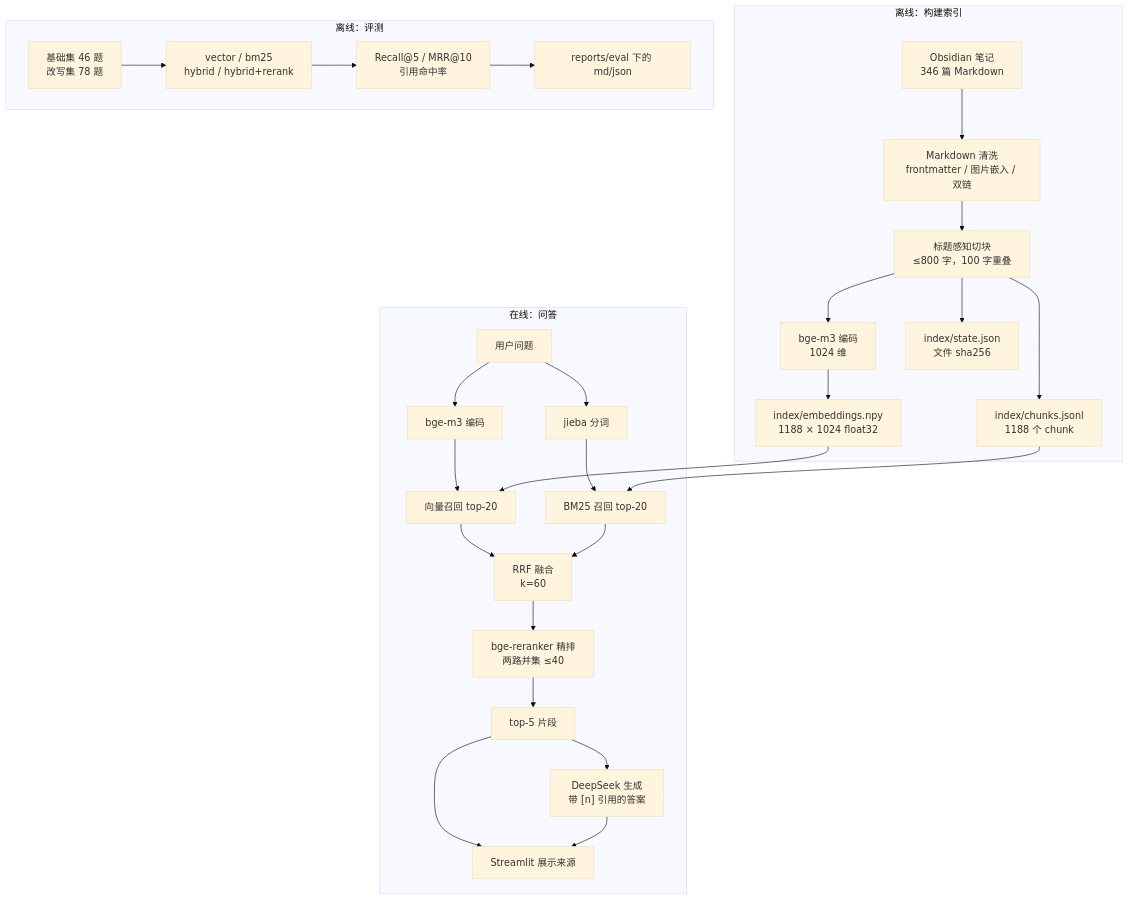
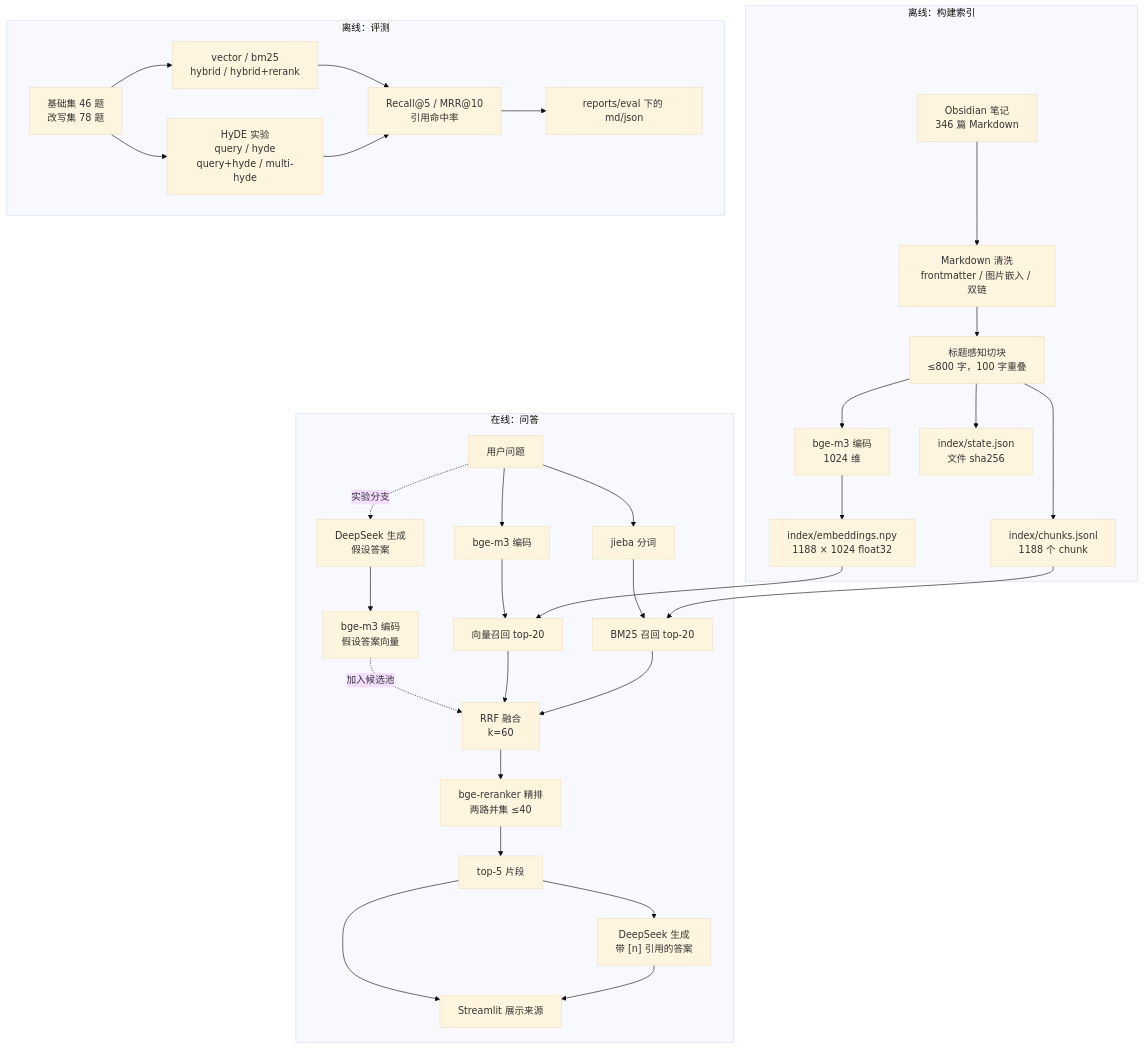
The diagram in README.md (peagothedreamer/obsidian-rag), drawn with Mermaid (base theme) before and after one commit. The commit also changed other lines of this file, not shown here.

Commit message:
docs: add HyDE branch to workflow diagram

````diff
--- a/README.md
+++ b/README.md
@@ -21,33 +21,38 @@
 ```mermaid
 flowchart TB
     subgraph IDX["离线：构建索引"]
         A["Obsidian 笔记<br/>346 篇 Markdown"] --> B["Markdown 清洗<br/>frontmatter / 图片嵌入 / 双链"]
         B --> C["标题感知切块<br/>≤800 字，100 字重叠"]
         C --> D["index/chunks.jsonl<br/>1188 个 chunk"]
         C --> E["bge-m3 编码<br/>1024 维"]
         E --> F["index/embeddings.npy<br/>1188 × 1024 float32"]
         C --> G["index/state.json<br/>文件 sha256"]
     end
 
     subgraph QUERY["在线：问答"]
         Q["用户问题"] --> QV["bge-m3 编码"]
         Q --> QT["jieba 分词"]
+        Q -.->|实验分支| HGEN["DeepSeek 生成<br/>假设答案"]
+        HGEN --> HE["bge-m3 编码<br/>假设答案向量"]
+        HE -.->|加入候选池| RRF["RRF 融合<br/>k=60"]
         QV --> VR["向量召回 top-20"]
         QT --> BR["BM25 召回 top-20"]
         F --> VR
         D --> BR
-        VR --> RRF["RRF 融合<br/>k=60"]
+        VR --> RRF
         BR --> RRF
         RRF --> RR["bge-reranker 精排<br/>两路并集 ≤40"]
         RR --> TOP["top-5 片段"]
         TOP --> LLM["DeepSeek 生成<br/>带 [n] 引用的答案"]
         TOP --> UI["Streamlit 展示来源"]
         LLM --> UI
     end
 
     subgraph EVAL["离线：评测"]
         EQ["基础集 46 题<br/>改写集 78 题"] --> CFG["vector / bm25<br/>hybrid / hybrid+rerank"]
+        EQ --> HYCFG["HyDE 实验<br/>query / hyde<br/>query+hyde / multi-hyde"]
         CFG --> MET["Recall@5 / MRR@10<br/>引用命中率"]
+        HYCFG --> MET
         MET --> REP["reports/eval 下的 md/json"]
     end
 ```
````
